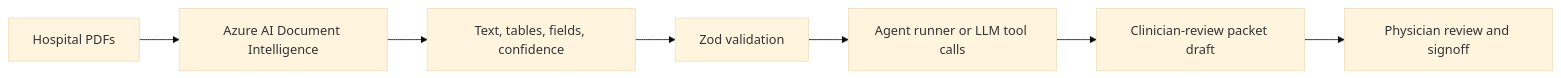
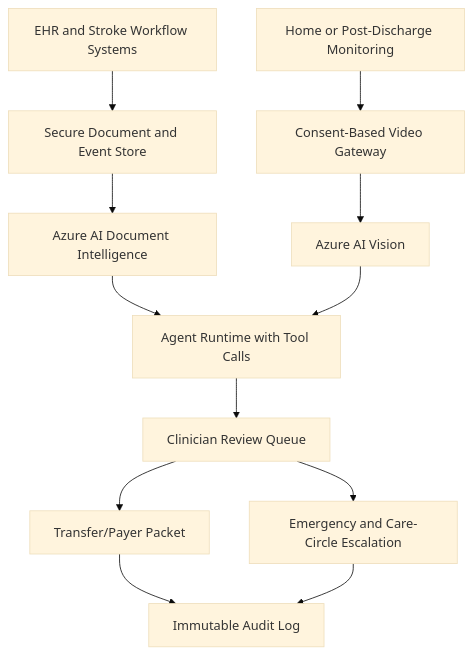
One commit to roshaninfordham/brainauthai changed the sixth of 6 diagrams in docs/architecture.md. Above: the diagram before and after it, drawn with Mermaid (base theme). The commit also changed other lines of this file and 15 other files, not shown here.

Commit message:
feat: add BE FAST vision monitoring demo

````diff
--- a/docs/architecture.md
+++ b/docs/architecture.md
@@ -48,9 +164,14 @@
 ```mermaid
-flowchart LR
-  PDF[Hospital PDFs] --> AzureDI[Azure AI Document Intelligence]
-  AzureDI --> Extracted[Text, tables, fields, confidence]
-  Extracted --> Validation[Zod validation]
-  Validation --> Agents[Agent runner or LLM tool calls]
-  Agents --> Packet[Clinician-review packet draft]
-  Packet --> Signoff[Physician review and signoff]
+flowchart TB
+  Hospital[EHR and Stroke Workflow Systems] --> SecureStore[Secure Document and Event Store]
+  Home[Home or Post-Discharge Monitoring] --> StreamGateway[Consent-Based Video Gateway]
+  SecureStore --> AzureDI[Azure AI Document Intelligence]
+  StreamGateway --> AzureVision[Azure AI Vision]
+  AzureDI --> AgentRuntime[Agent Runtime with Tool Calls]
+  AzureVision --> AgentRuntime
+  AgentRuntime --> ReviewQueue[Clinician Review Queue]
+  ReviewQueue --> Packet[Transfer/Payer Packet]
+  ReviewQueue --> Escalation[Emergency and Care-Circle Escalation]
+  Packet --> AuditLog[Immutable Audit Log]
+  Escalation --> AuditLog
 ```
````
